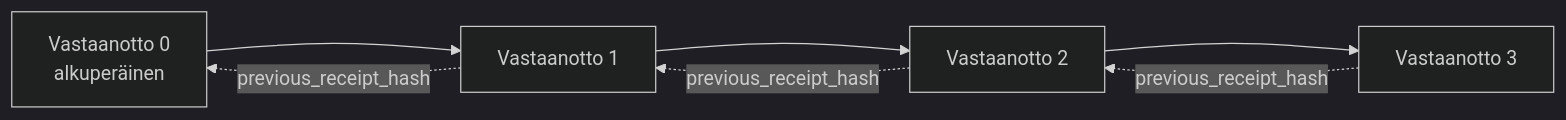
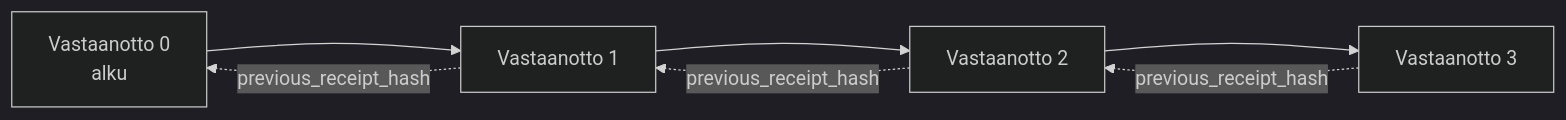
One commit to gabrielmoreira/agent-skills-mirror changed the second of 2 diagrams in mirrors/repos/microsoft@ai-agents-for-beginners/translations/fi/18-securing-ai-agents/README.md. Above: the diagram before and after it, drawn with Mermaid (dark theme). The commit also changed other lines of this file and 2285 other files, not shown here.

````diff
--- a/mirrors/repos/microsoft@ai-agents-for-beginners/translations/fi/18-securing-ai-agents/README.md
+++ b/mirrors/repos/microsoft@ai-agents-for-beginners/translations/fi/18-securing-ai-agents/README.md
@@ -206,9 +206,9 @@
 ```mermaid
 flowchart LR
-    R0[Vastaanotto 0<br/>alkuperäinen] --> R1[Vastaanotto 1]
+    R0[Vastaanotto 0<br/>alku] --> R1[Vastaanotto 1]
     R1 --> R2[Vastaanotto 2]
     R2 --> R3[Vastaanotto 3]
     R1 -. previous_receipt_hash .-> R0
     R2 -. previous_receipt_hash .-> R1
     R3 -. previous_receipt_hash .-> R2
 ```
````
